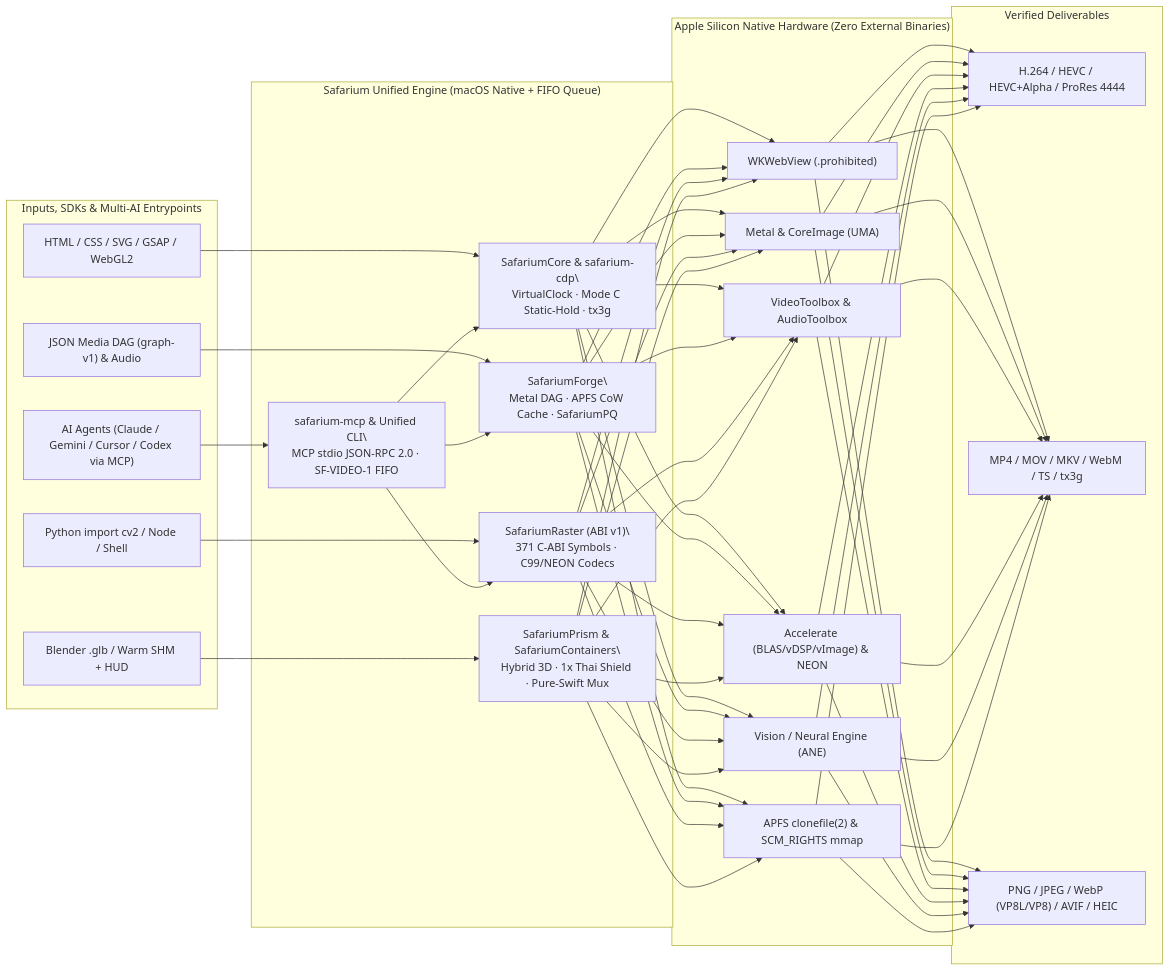
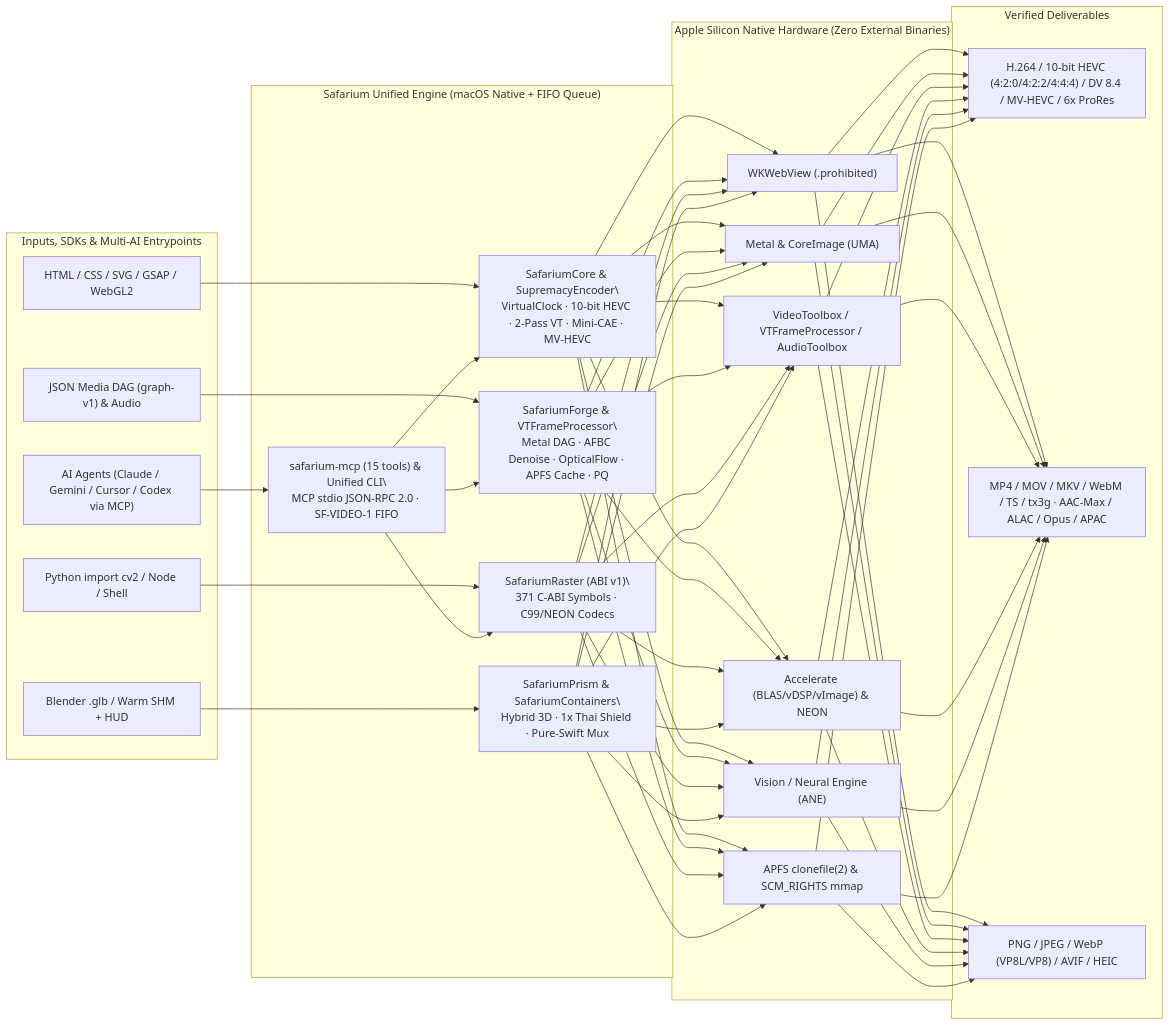
Before and after one commit to sanookai/Safarium: the diagram in README.md, drawn with Mermaid. The commit also changed other lines of this file and 25 other files, not shown here.

Commit message:
feat(wave9): Apple Silicon Encoding Supremacy — 10-bit HEVC, True 2-Pass VT, Mini-CAE, AFBC VTFrameProcessor, DV8.4/MV-HEVC, Pro AudioToolbox & 15-tool MCP

````diff
--- a/README.md
+++ b/README.md
@@ -195,41 +220,41 @@
 ```mermaid
 flowchart LR
     subgraph Inputs["Inputs, SDKs & Multi-AI Entrypoints"]
         I1["HTML / CSS / SVG / GSAP / WebGL2"]
         I2["JSON Media DAG (graph-v1) & Audio"]
         I3["Python import cv2 / Node / Shell"]
         I4["Blender .glb / Warm SHM + HUD"]
         I5["AI Agents (Claude / Gemini / Cursor / Codex via MCP)"]
     end
 
     subgraph Core["Safarium Unified Engine (macOS Native + FIFO Queue)"]
-        C0["safarium-mcp & Unified CLI\\nMCP stdio JSON-RPC 2.0 · SF-VIDEO-1 FIFO"]
-        C1["SafariumCore & safarium-cdp\\nVirtualClock · Mode C Static-Hold · tx3g"]
-        C2["SafariumForge\\nMetal DAG · APFS CoW Cache · SafariumPQ"]
+        C0["safarium-mcp (15 tools) & Unified CLI\\nMCP stdio JSON-RPC 2.0 · SF-VIDEO-1 FIFO"]
+        C1["SafariumCore & SupremacyEncoder\\nVirtualClock · 10-bit HEVC · 2-Pass VT · Mini-CAE · MV-HEVC"]
+        C2["SafariumForge & VTFrameProcessor\\nMetal DAG · AFBC Denoise · OpticalFlow · APFS Cache · PQ"]
         C3["SafariumRaster (ABI v1)\\n371 C-ABI Symbols · C99/NEON Codecs"]
         C4["SafariumPrism & SafariumContainers\\nHybrid 3D · 1x Thai Shield · Pure-Swift Mux"]
     end
 
     subgraph Apple["Apple Silicon Native Hardware (Zero External Binaries)"]
         A1["WKWebView (.prohibited)"]
         A2["Metal & CoreImage (UMA)"]
-        A3["VideoToolbox & AudioToolbox"]
+        A3["VideoToolbox / VTFrameProcessor / AudioToolbox"]
         A4["Accelerate (BLAS/vDSP/vImage) & NEON"]
         A5["Vision / Neural Engine (ANE)"]
         A6["APFS clonefile(2) & SCM_RIGHTS mmap"]
     end
 
     subgraph Outputs["Verified Deliverables"]
-        O1["H.264 / HEVC / HEVC+Alpha / ProRes 4444"]
-        O2["MP4 / MOV / MKV / WebM / TS / tx3g"]
+        O1["H.264 / 10-bit HEVC (4:2:0/4:2:2/4:4:4) / DV 8.4 / MV-HEVC / 6x ProRes"]
+        O2["MP4 / MOV / MKV / WebM / TS / tx3g · AAC-Max / ALAC / Opus / APAC"]
         O3["PNG / JPEG / WebP (VP8L/VP8) / AVIF / HEIC"]
     end
 
     I5 --> C0
     I1 & C0 --> C1
     I2 & C0 --> C2
     I3 & C0 --> C3
     I4 --> C4
     C1 & C2 & C3 & C4 --> A1 & A2 & A3 & A4 & A5 & A6
     A1 & A2 & A3 & A4 & A5 & A6 --> O1 & O2 & O3
 ```
````
